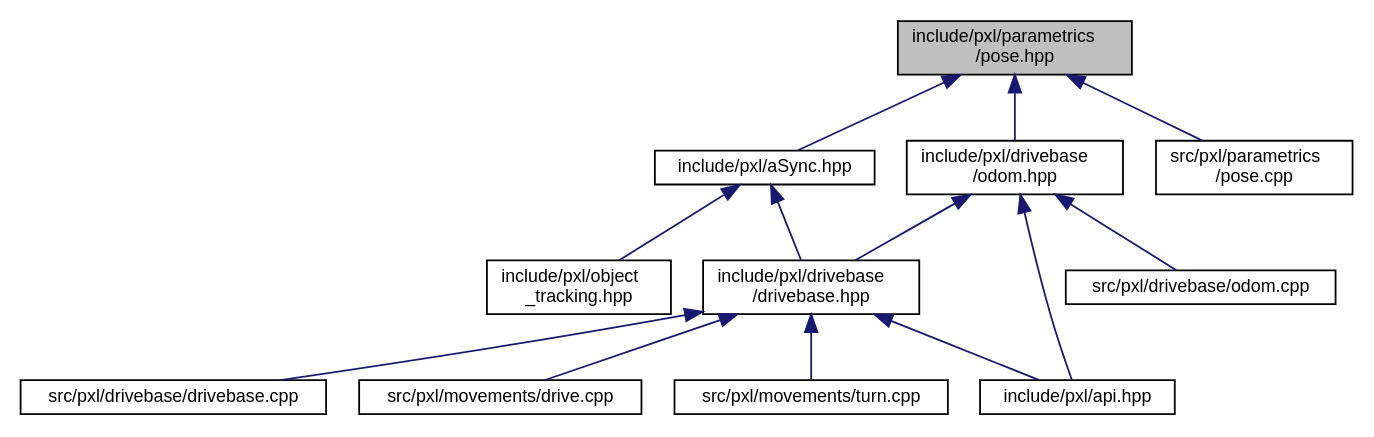
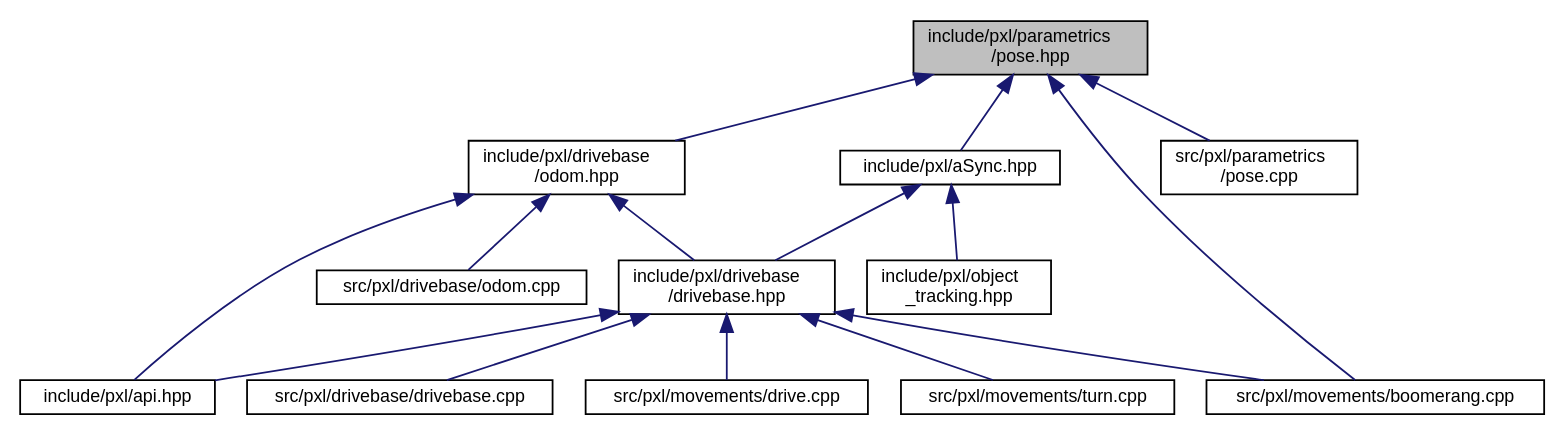
The diagram in pose_8hpp__dep__incl.dot (Pixel-Lib/Pixel), drawn with Graphviz before and after one commit. The commit also changed 250 other files, not shown here.

```diff
--- a/pose_8hpp__dep__incl.dot
+++ b/pose_8hpp__dep__incl.dot
@@ -1,29 +1,32 @@
 digraph "include/pxl/parametrics/pose.hpp"
 {
  // LATEX_PDF_SIZE
   edge [fontname="Helvetica",fontsize="10",labelfontname="Helvetica",labelfontsize="10"];
   node [fontname="Helvetica",fontsize="10",shape=record];
   Node1 [label="include/pxl/parametrics\l/pose.hpp",height=0.2,width=0.4,color="black", fillcolor="grey75", style="filled", fontcolor="black",tooltip=" "];
   Node1 -> Node2 [dir="back",color="midnightblue",fontsize="10",style="solid",fontname="Helvetica"];
   Node2 [label="include/pxl/aSync.hpp",height=0.2,width=0.4,color="black", fillcolor="white", style="filled",URL="$aSync_8hpp.html",tooltip=" "];
   Node2 -> Node3 [dir="back",color="midnightblue",fontsize="10",style="solid",fontname="Helvetica"];
   Node3 [label="include/pxl/drivebase\l/drivebase.hpp",height=0.2,width=0.4,color="black", fillcolor="white", style="filled",URL="$drivebase_8hpp.html",tooltip=" "];
   Node3 -> Node4 [dir="back",color="midnightblue",fontsize="10",style="solid",fontname="Helvetica"];
   Node4 [label="include/pxl/api.hpp",height=0.2,width=0.4,color="black", fillcolor="white", style="filled",URL="$api_8hpp.html",tooltip=" "];
   Node3 -> Node5 [dir="back",color="midnightblue",fontsize="10",style="solid",fontname="Helvetica"];
   Node5 [label="src/pxl/drivebase/drivebase.cpp",height=0.2,width=0.4,color="black", fillcolor="white", style="filled",URL="$drivebase_8cpp.html",tooltip=" "];
   Node3 -> Node6 [dir="back",color="midnightblue",fontsize="10",style="solid",fontname="Helvetica"];
-  Node6 [label="src/pxl/movements/drive.cpp",height=0.2,width=0.4,color="black", fillcolor="white", style="filled",URL="$drive_8cpp.html",tooltip=" "];
+  Node6 [label="src/pxl/movements/boomerang.cpp",height=0.2,width=0.4,color="black", fillcolor="white", style="filled",URL="$boomerang_8cpp.html",tooltip=" "];
   Node3 -> Node7 [dir="back",color="midnightblue",fontsize="10",style="solid",fontname="Helvetica"];
-  Node7 [label="src/pxl/movements/turn.cpp",height=0.2,width=0.4,color="black", fillcolor="white", style="filled",URL="$turn_8cpp.html",tooltip=" "];
-  Node2 -> Node8 [dir="back",color="midnightblue",fontsize="10",style="solid",fontname="Helvetica"];
-  Node8 [label="include/pxl/object\l_tracking.hpp",height=0.2,width=0.4,color="black", fillcolor="white", style="filled",URL="$object__tracking_8hpp.html",tooltip=" "];
-  Node1 -> Node9 [dir="back",color="midnightblue",fontsize="10",style="solid",fontname="Helvetica"];
-  Node9 [label="include/pxl/drivebase\l/odom.hpp",height=0.2,width=0.4,color="black", fillcolor="white", style="filled",URL="$odom_8hpp.html",tooltip=" "];
-  Node9 -> Node4 [dir="back",color="midnightblue",fontsize="10",style="solid",fontname="Helvetica"];
-  Node9 -> Node3 [dir="back",color="midnightblue",fontsize="10",style="solid",fontname="Helvetica"];
-  Node9 -> Node10 [dir="back",color="midnightblue",fontsize="10",style="solid",fontname="Helvetica"];
-  Node10 [label="src/pxl/drivebase/odom.cpp",height=0.2,width=0.4,color="black", fillcolor="white", style="filled",URL="$odom_8cpp.html",tooltip=" "];
-  Node1 -> Node11 [dir="back",color="midnightblue",fontsize="10",style="solid",fontname="Helvetica"];
-  Node11 [label="src/pxl/parametrics\l/pose.cpp",height=0.2,width=0.4,color="black", fillcolor="white", style="filled",URL="$pose_8cpp.html",tooltip=" "];
+  Node7 [label="src/pxl/movements/drive.cpp",height=0.2,width=0.4,color="black", fillcolor="white", style="filled",URL="$drive_8cpp.html",tooltip=" "];
+  Node3 -> Node8 [dir="back",color="midnightblue",fontsize="10",style="solid",fontname="Helvetica"];
+  Node8 [label="src/pxl/movements/turn.cpp",height=0.2,width=0.4,color="black", fillcolor="white", style="filled",URL="$turn_8cpp.html",tooltip=" "];
+  Node2 -> Node9 [dir="back",color="midnightblue",fontsize="10",style="solid",fontname="Helvetica"];
+  Node9 [label="include/pxl/object\l_tracking.hpp",height=0.2,width=0.4,color="black", fillcolor="white", style="filled",URL="$object__tracking_8hpp.html",tooltip=" "];
+  Node1 -> Node10 [dir="back",color="midnightblue",fontsize="10",style="solid",fontname="Helvetica"];
+  Node10 [label="include/pxl/drivebase\l/odom.hpp",height=0.2,width=0.4,color="black", fillcolor="white", style="filled",URL="$odom_8hpp.html",tooltip=" "];
+  Node10 -> Node4 [dir="back",color="midnightblue",fontsize="10",style="solid",fontname="Helvetica"];
+  Node10 -> Node3 [dir="back",color="midnightblue",fontsize="10",style="solid",fontname="Helvetica"];
+  Node10 -> Node11 [dir="back",color="midnightblue",fontsize="10",style="solid",fontname="Helvetica"];
+  Node11 [label="src/pxl/drivebase/odom.cpp",height=0.2,width=0.4,color="black", fillcolor="white", style="filled",URL="$odom_8cpp.html",tooltip=" "];
+  Node1 -> Node6 [dir="back",color="midnightblue",fontsize="10",style="solid",fontname="Helvetica"];
+  Node1 -> Node12 [dir="back",color="midnightblue",fontsize="10",style="solid",fontname="Helvetica"];
+  Node12 [label="src/pxl/parametrics\l/pose.cpp",height=0.2,width=0.4,color="black", fillcolor="white", style="filled",URL="$pose_8cpp.html",tooltip=" "];
 }
```
